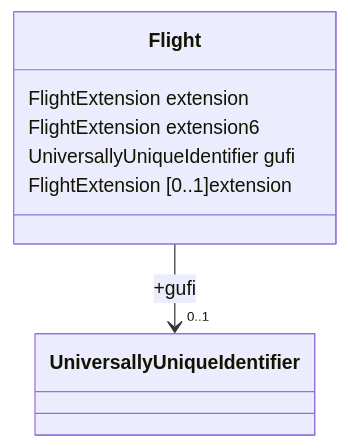
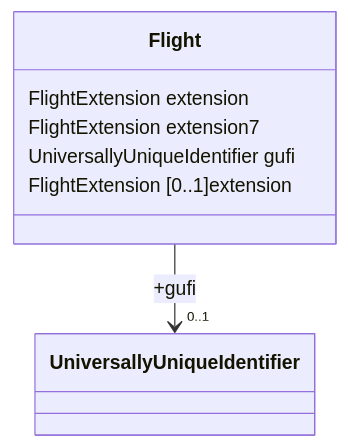
Before and after one commit to du-lapin/test_docsify: the first of 3 diagrams in docs/fixm/FIXM_UML_in_mermaid.md, drawn with Mermaid. The commit also changed other lines of this file, not shown here.

````diff
--- a/docs/fixm/FIXM_UML_in_mermaid.md
+++ b/docs/fixm/FIXM_UML_in_mermaid.md
@@ -4,10 +4,10 @@
 ```mermaid
 classDiagram
 class Flight{
 FlightExtension extension
-FlightExtension extension6
+FlightExtension extension7
 UniversallyUniqueIdentifier gufi
 }
 Flight : FlightExtension [0..1]extension
 Flight --> "0..1"  UniversallyUniqueIdentifier : +gufi
 ```
````
